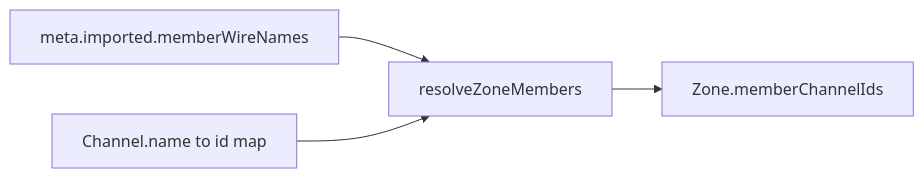
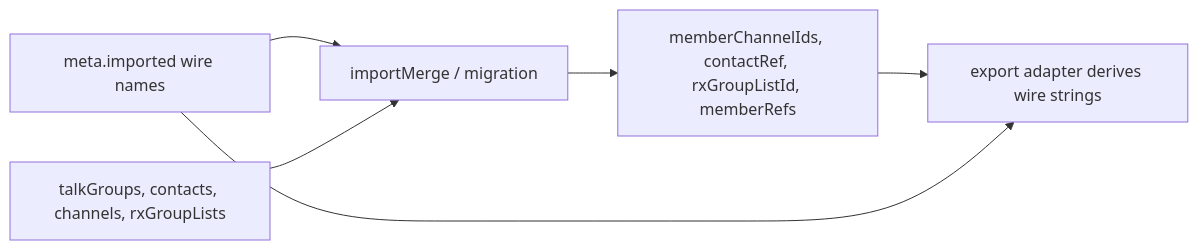
One commit to pskillen/codeplug-tool changed the second of 2 diagrams in docs/features/data-model/README.md. Above: the diagram before and after it, drawn with Mermaid. The commit also changed other lines of this file and 4 other files, not shown here.

First line of the commit message:
docs(data-model): document UUID FK fields and schema v7

````diff
--- a/docs/features/data-model/README.md
+++ b/docs/features/data-model/README.md
@@ -147,6 +168,8 @@
 ```mermaid
 flowchart LR
-  Prov["meta.imported.memberWireNames"] --> Resolve["resolveZoneMembers"]
-  Channels["Channel.name to id map"] --> Resolve
-  Resolve --> Zone["Zone.memberChannelIds"]
+  Prov["meta.imported wire names"] --> Resolve["importMerge / migration"]
+  Entities["talkGroups, contacts, channels, rxGroupLists"] --> Resolve
+  Resolve --> Ids["memberChannelIds, contactRef, rxGroupListId, memberRefs"]
+  Ids --> Export["export adapter derives wire strings"]
+  Prov --> Export
 ```
````
